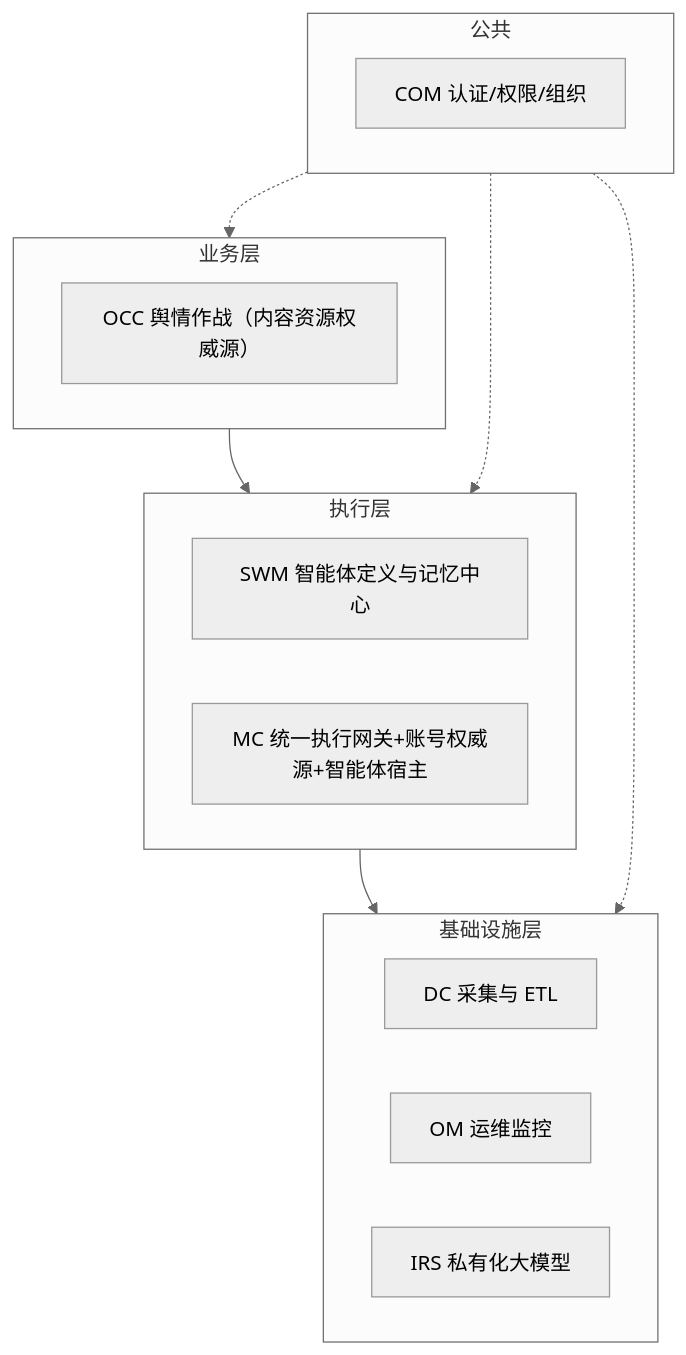
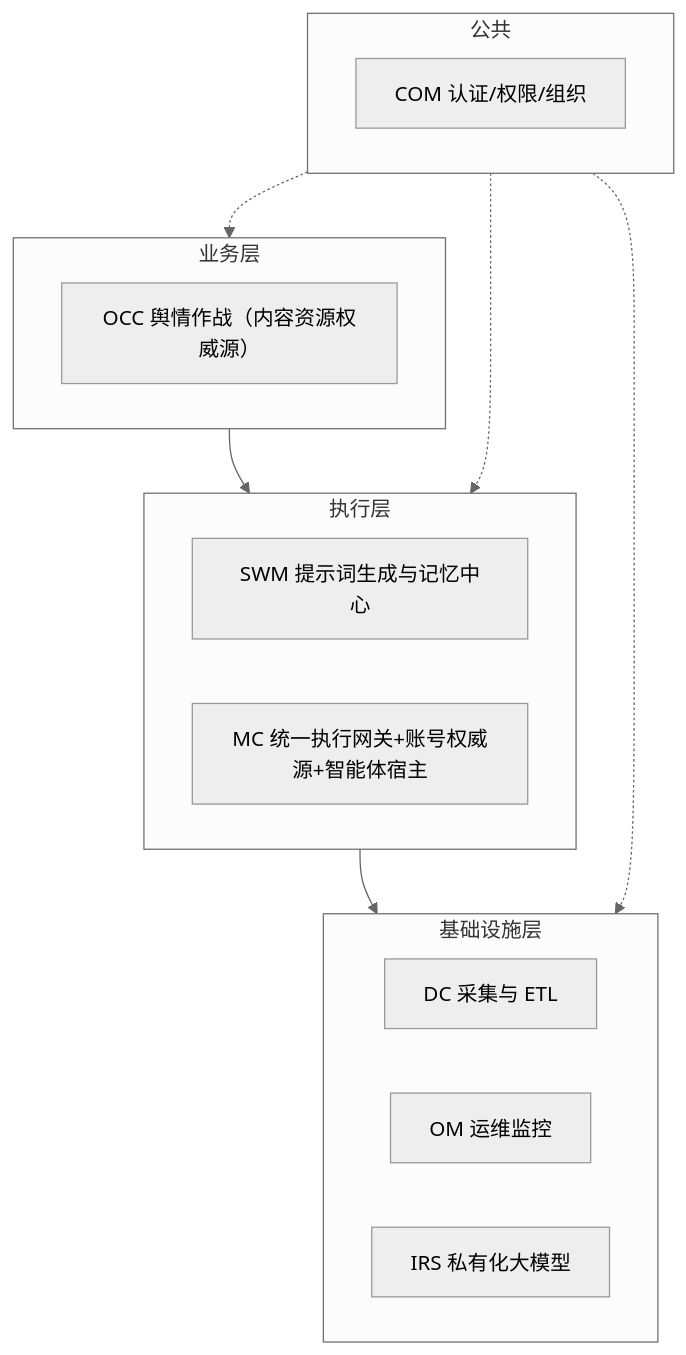
Before and after one commit to Sj-g/obsidian: the second of 14 diagrams in 公司项目/认知作战/文档/软件概要设计说明.md, drawn with Mermaid (neutral theme). The commit also changed other lines of this file and 4 other files, not shown here.

````diff
--- a/公司项目/认知作战/文档/软件概要设计说明.md
+++ b/公司项目/认知作战/文档/软件概要设计说明.md
@@ -115,20 +115,20 @@
 ```mermaid
 flowchart TB
     subgraph L4["公共"]
         COM["COM 认证/权限/组织"]
     end
     subgraph L3["业务层"]
         OCC["OCC 舆情作战（内容资源权威源）"]
     end
     subgraph L2["执行层"]
-        SWM["SWM 智能体定义与记忆中心"]
+        SWM["SWM 提示词生成与记忆中心"]
         MC["MC 统一执行网关+账号权威源+智能体宿主"]
     end
     subgraph L1["基础设施层"]
         DC["DC 采集与 ETL"]
         OM["OM 运维监控"]
         IRS["IRS 私有化大模型"]
     end
     L3 --> L2 --> L1
     L4 -.-> L1 & L2 & L3
 ```
````
